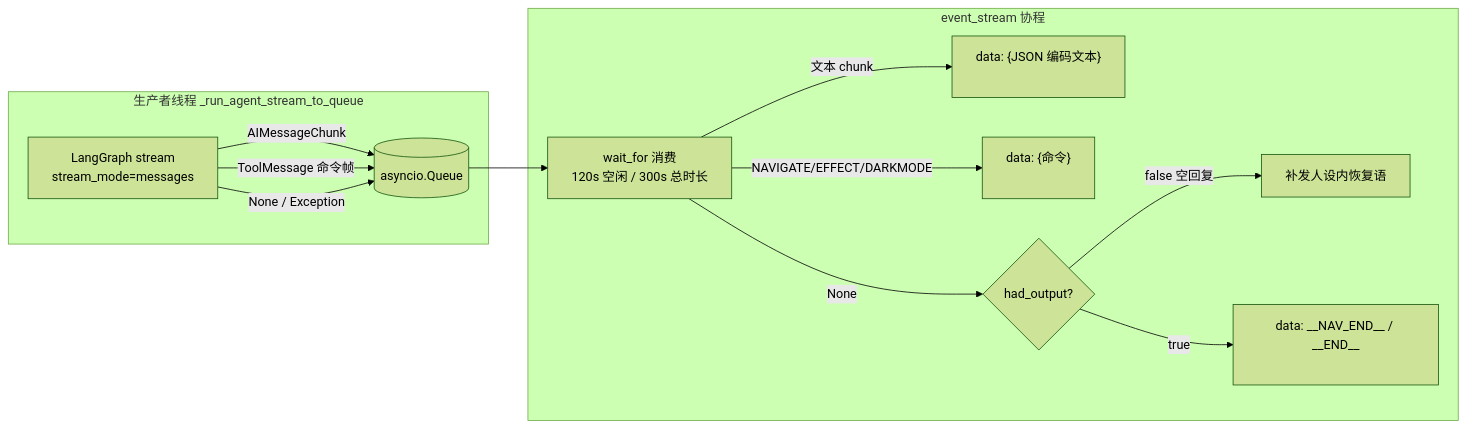
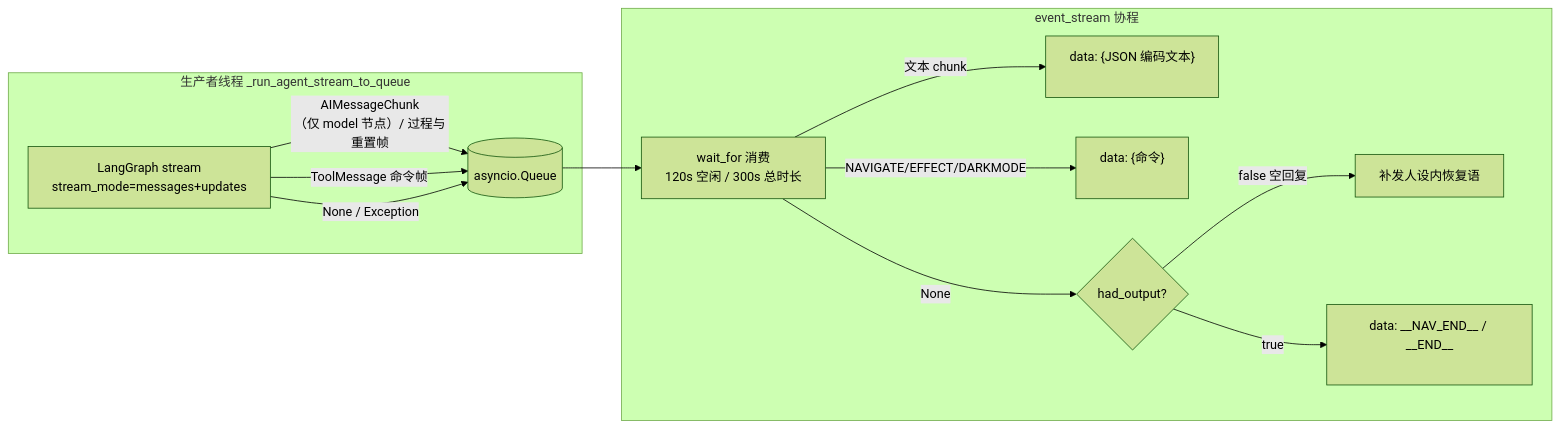
The third of 5 diagrams in docs/agent-architecture.md (BigLeopardCat/saudade-blog-agent), drawn with Mermaid (forest theme) before and after one commit. The commit also changed other lines of this file and 10 other files, not shown here.

````diff
--- a/docs/agent-architecture.md
+++ b/docs/agent-architecture.md
@@ -224,16 +233,16 @@
 ```mermaid
 flowchart LR
     subgraph Producer[生产者线程 _run_agent_stream_to_queue]
-        G[LangGraph stream<br/>stream_mode=messages] -->|AIMessageChunk| Q[(asyncio.Queue)]
+        G[LangGraph stream<br/>stream_mode=messages+updates] -->|AIMessageChunk<br/>（仅 model 节点）/ 过程与重置帧| Q[(asyncio.Queue)]
         G -->|ToolMessage 命令帧| Q
         G -->|None / Exception| Q
     end
     subgraph Consumer[event_stream 协程]
         Q --> W[wait_for 消费<br/>120s 空闲 / 300s 总时长]
         W -->|文本 chunk| T["data: {JSON 编码文本}\n\n"]
         W -->|NAVIGATE/EFFECT/DARKMODE| C["data: {命令}\n\n"]
         W -->|None| E0{had_output?}
         E0 -->|false 空回复| REC[补发人设内恢复语]
         E0 -->|true| E["data: __NAV_END__ / __END__\n\n"]
     end
 ```
````
